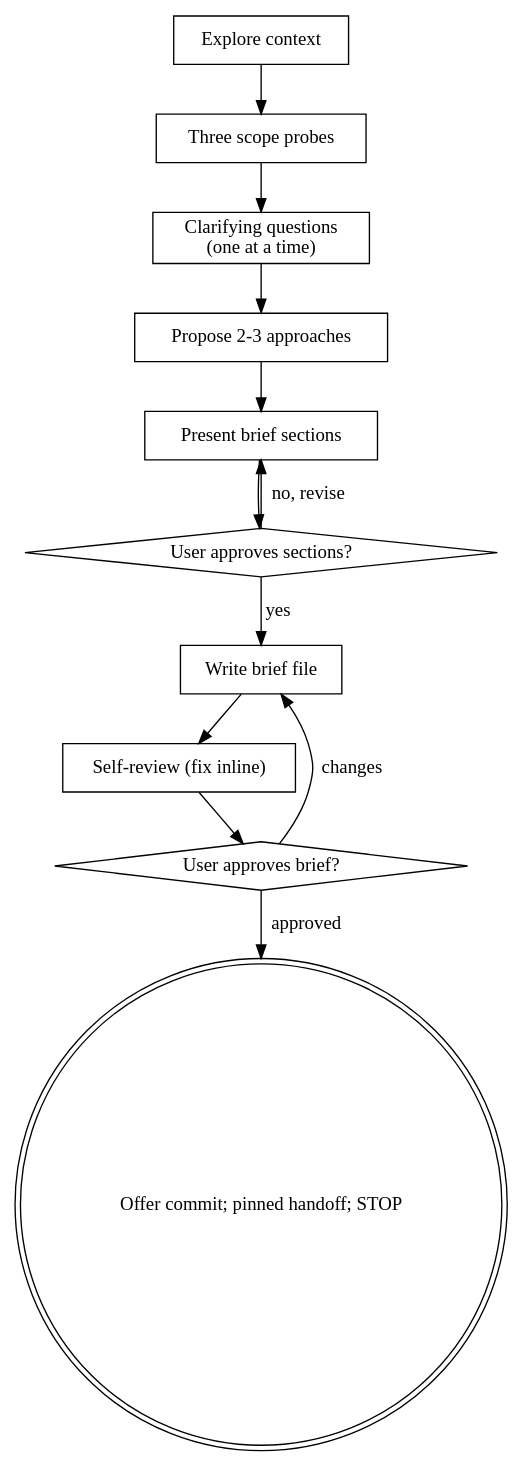
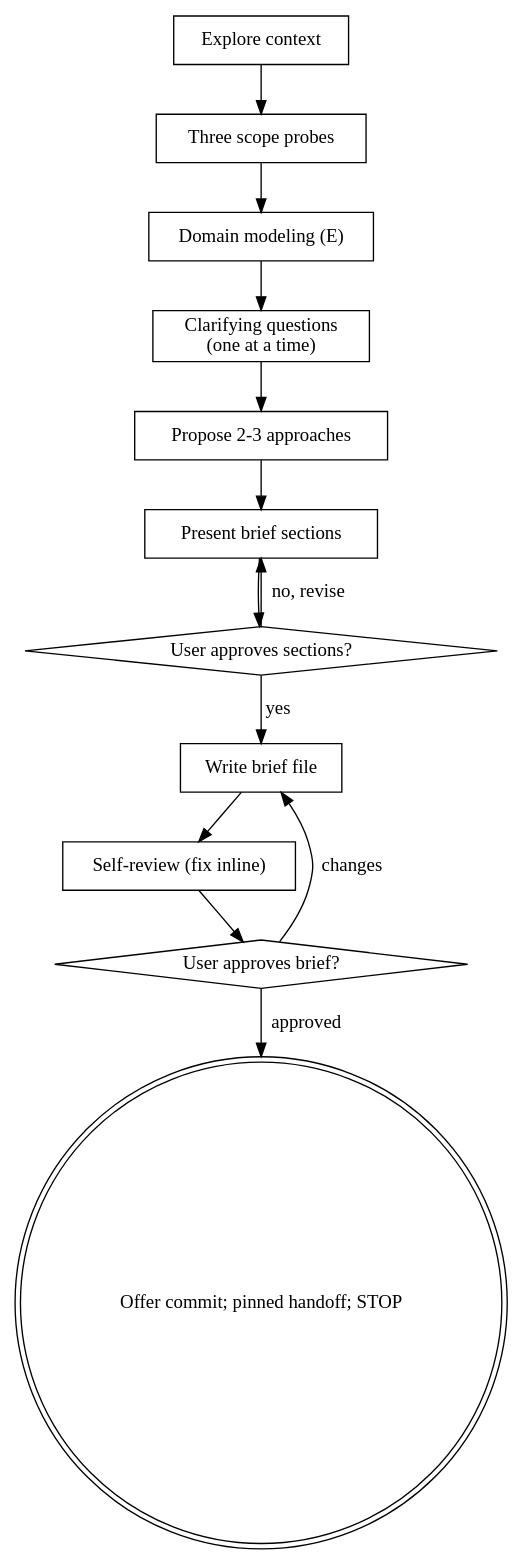
One commit to jroethel/loop-stack-session changed the diagram in skills/loop-brainstorm/SKILL.md. Above: the diagram before and after it, drawn with Graphviz. The commit also changed other lines of this file and 1 other file, not shown here.

````diff
--- a/skills/loop-brainstorm/SKILL.md
+++ b/skills/loop-brainstorm/SKILL.md
@@ -212,26 +232,28 @@
 ```dot
 digraph loop_brainstorm {
     "Explore context" [shape=box];
     "Three scope probes" [shape=box];
+    "Domain modeling (E)" [shape=box];
     "Clarifying questions\n(one at a time)" [shape=box];
     "Propose 2-3 approaches" [shape=box];
     "Present brief sections" [shape=box];
     "User approves sections?" [shape=diamond];
     "Write brief file" [shape=box];
     "Self-review (fix inline)" [shape=box];
     "User approves brief?" [shape=diamond];
     "Offer commit; pinned handoff; STOP" [shape=doublecircle];
 
     "Explore context" -> "Three scope probes";
-    "Three scope probes" -> "Clarifying questions\n(one at a time)";
+    "Three scope probes" -> "Domain modeling (E)";
+    "Domain modeling (E)" -> "Clarifying questions\n(one at a time)";
     "Clarifying questions\n(one at a time)" -> "Propose 2-3 approaches";
     "Propose 2-3 approaches" -> "Present brief sections";
     "Present brief sections" -> "User approves sections?";
     "User approves sections?" -> "Present brief sections" [label="no, revise"];
     "User approves sections?" -> "Write brief file" [label="yes"];
     "Write brief file" -> "Self-review (fix inline)";
     "Self-review (fix inline)" -> "User approves brief?";
     "User approves brief?" -> "Write brief file" [label="changes"];
     "User approves brief?" -> "Offer commit; pinned handoff; STOP" [label="approved"];
 }
 ```
````
